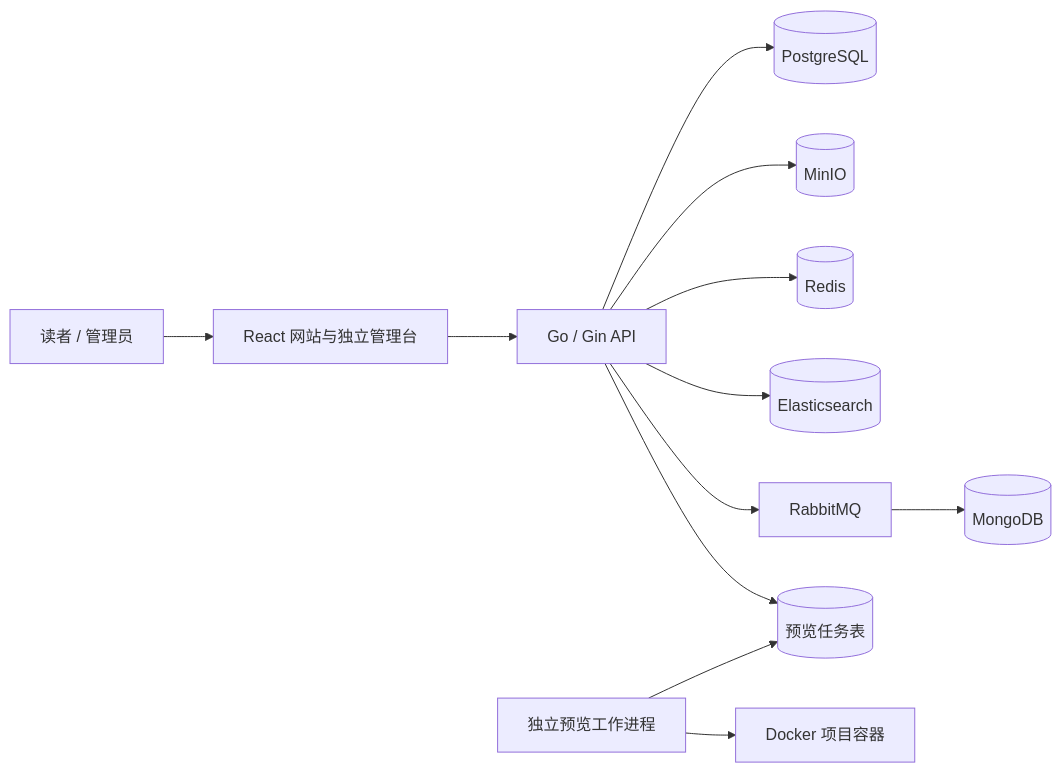
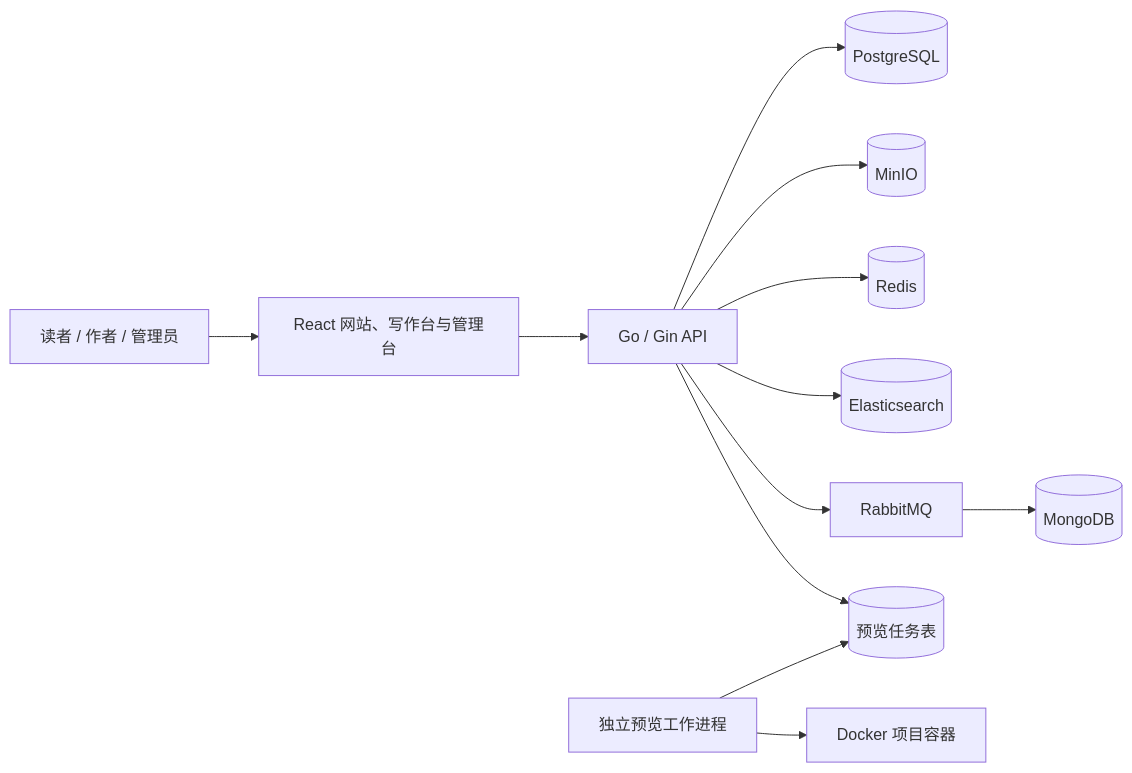
The diagram in README.md (bestows-Z/dev-hub), drawn with Mermaid before and after one commit. The commit also changed other lines of this file and 18 other files, not shown here.

```diff
--- a/README.md
+++ b/README.md
@@ -25,14 +25,14 @@
 ~~~mermaid
 flowchart LR
-  Reader[读者 / 管理员] --> Web[React 网站与独立管理台]
+  Reader[读者 / 作者 / 管理员] --> Web[React 网站、写作台与管理台]
   Web --> API[Go / Gin API]
   API --> PG[(PostgreSQL)]
   API --> MinIO[(MinIO)]
   API --> Redis[(Redis)]
   API --> ES[(Elasticsearch)]
   API --> MQ[RabbitMQ]
   MQ --> Mongo[(MongoDB)]
   API --> Jobs[(预览任务表)]
   Worker[独立预览工作进程] --> Jobs
   Worker --> Docker[Docker 项目容器]
 ~~~
```
